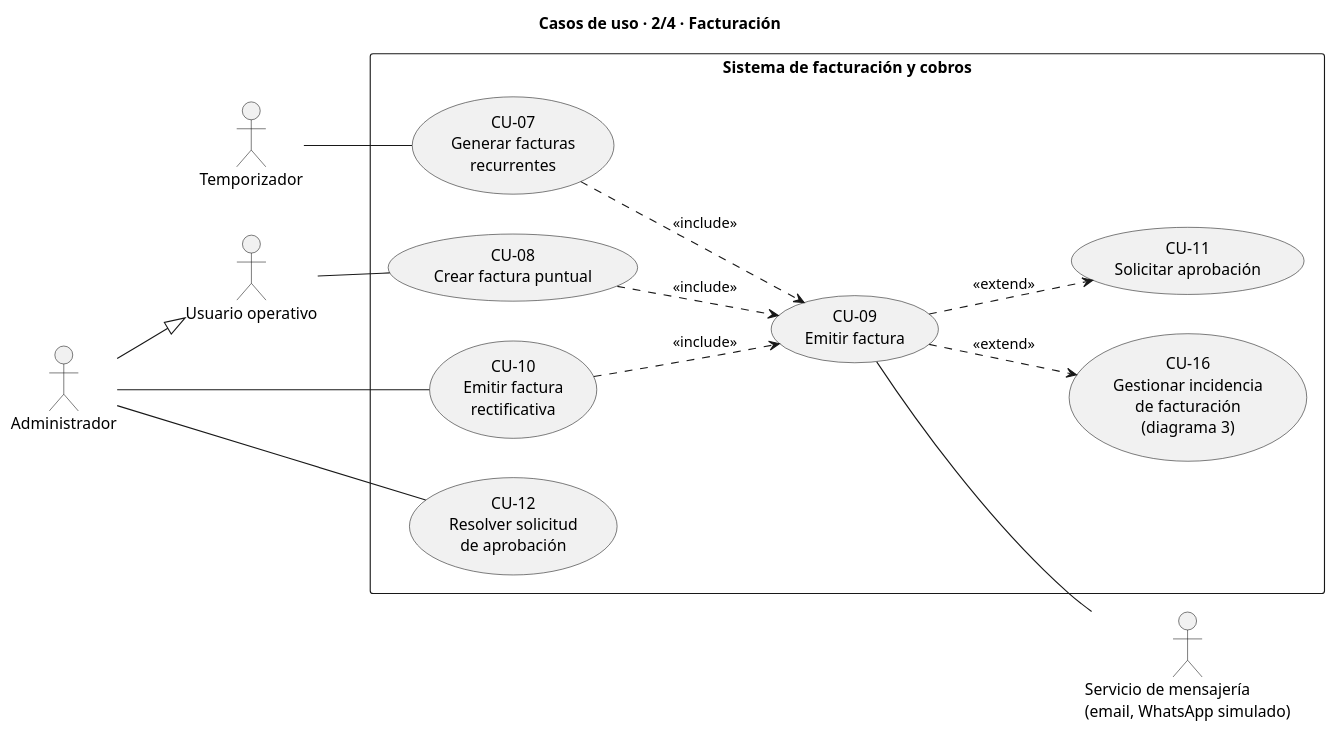
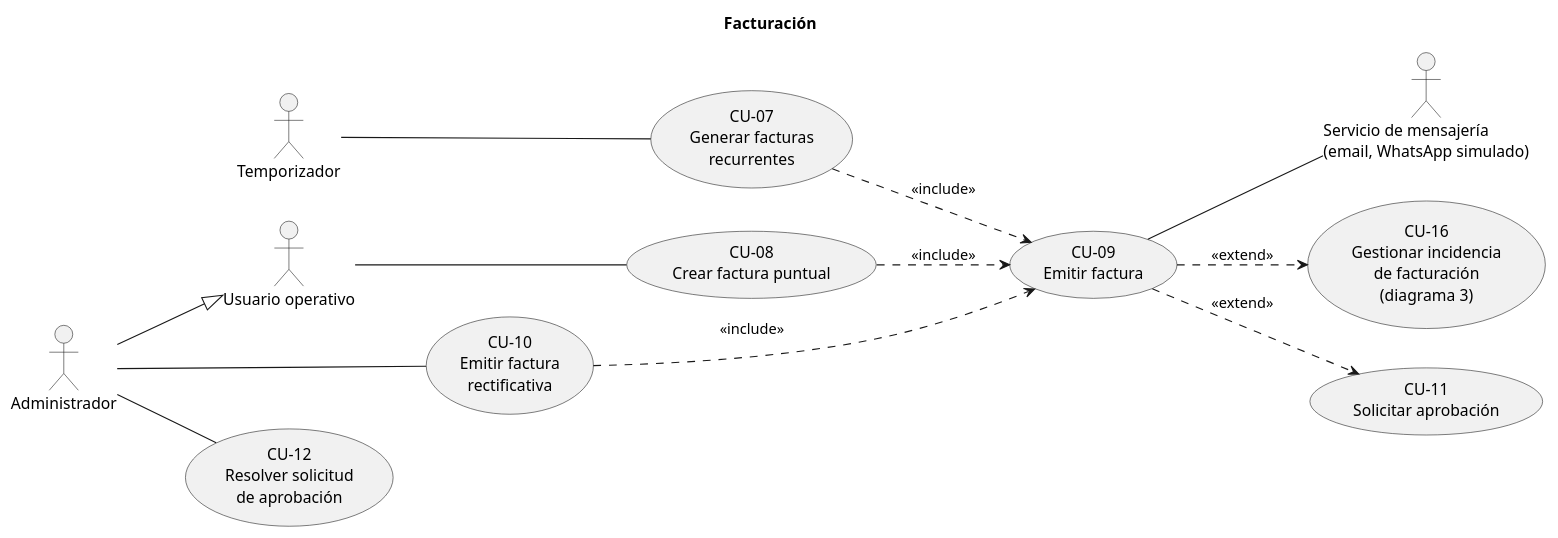
The diagram in Casos_De_Uso/Casos de uso Jorge/diagramas/diagrama_2_facturacion.puml (shadow-251/Trabajo-ADAP), drawn with PlantUML before and after one commit. The commit also changed 3 other files, not shown here.

Commit message:
Editar diagramas PUML

```diff
--- a/Casos_De_Uso/Casos de uso Jorge/diagramas/diagrama_2_facturacion.puml
+++ b/Casos_De_Uso/Casos de uso Jorge/diagramas/diagrama_2_facturacion.puml
@@ -1,36 +1,34 @@
 @startuml diagrama_2_facturacion
-title Casos de uso · 2/4 · Facturación
+title Facturación
 
 left to right direction
 
 actor "Usuario operativo" as UO
 actor "Temporizador" as TMP
 actor "Administrador" as ADM
 actor "Servicio de mensajería\n(email, WhatsApp simulado)" as MSG
 
 ADM --|> UO
 
-rectangle "Sistema de facturación y cobros" {
-  usecase "CU-07\nGenerar facturas\nrecurrentes" as CU07
-  usecase "CU-08\nCrear factura puntual" as CU08
-  usecase "CU-09\nEmitir factura" as CU09
-  usecase "CU-10\nEmitir factura\nrectificativa" as CU10
-  usecase "CU-12\nResolver solicitud\nde aprobación" as CU12
-  usecase "CU-16\nGestionar incidencia\nde facturación\n(diagrama 3)" as CU16
-  usecase "CU-11\nSolicitar aprobación" as CU11
-}
+usecase "CU-07\nGenerar facturas\nrecurrentes" as CU07
+usecase "CU-08\nCrear factura puntual" as CU08
+usecase "CU-09\nEmitir factura" as CU09
+usecase "CU-10\nEmitir factura\nrectificativa" as CU10
+usecase "CU-12\nResolver solicitud\nde aprobación" as CU12
+usecase "CU-16\nGestionar incidencia\nde facturación\n(diagrama 3)" as CU16
+usecase "CU-11\nSolicitar aprobación" as CU11
 
 TMP -- CU07
 UO -- CU08
 ADM -- CU10
 ADM -- CU12
 CU09 -- MSG
 
 CU07 ..> CU09 : <<include>>
 CU08 ..> CU09 : <<include>>
 CU10 ..> CU09 : <<include>>
 
 CU09 ..> CU16 : <<extend>>
 CU09 ..> CU11 : <<extend>>
 
 @enduml
```
